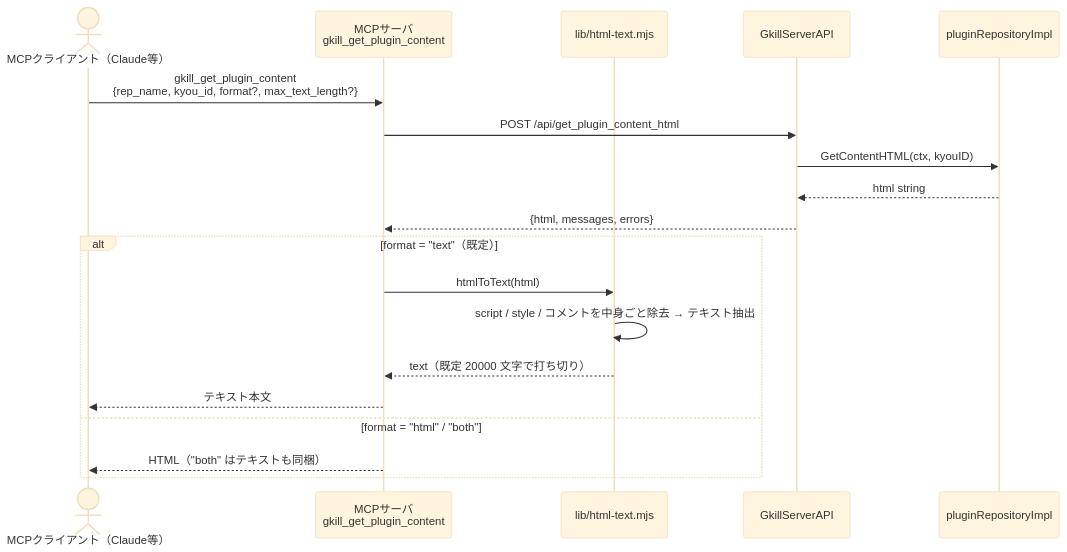
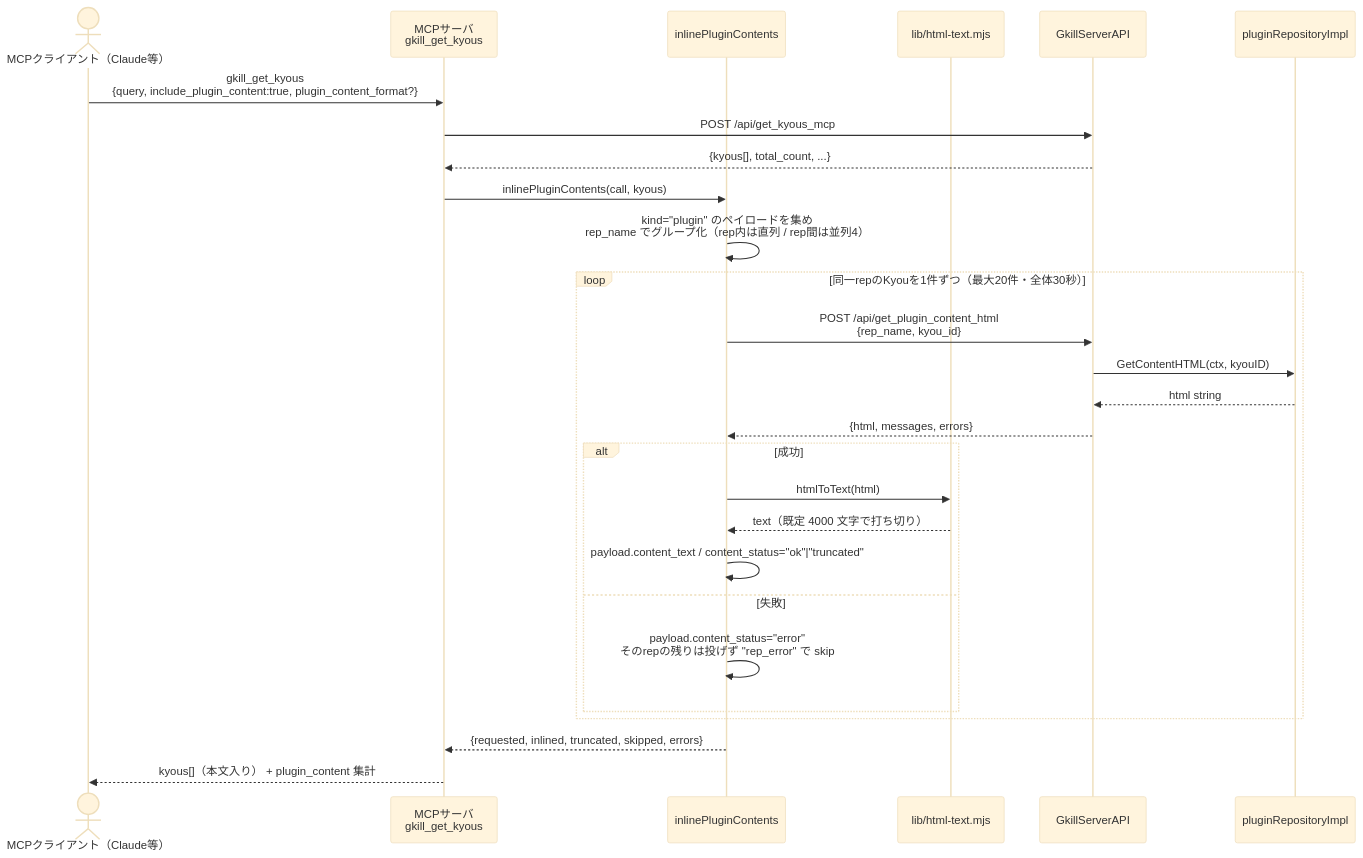
One commit to mt3hr/gkill changed diagram 24 of 29 in documents/reverse/sequence-diagrams.md. Above: the diagram before and after it, drawn with Mermaid (base theme). The commit also changed other lines of this file and 32 other files, not shown here.

````diff
--- a/documents/reverse/sequence-diagrams.md
+++ b/documents/reverse/sequence-diagrams.md
@@ -765,22 +771,30 @@
 ```mermaid
 sequenceDiagram
     actor Client as MCPクライアント（Claude等）
-    participant MCP as MCPサーバ<br>gkill_get_plugin_content
+    participant MCP as MCPサーバ<br>gkill_get_kyous
+    participant IN as inlinePluginContents
     participant HT as lib/html-text.mjs
     participant API as GkillServerAPI
     participant PluginRepo as pluginRepositoryImpl
 
-    Client->>MCP: gkill_get_plugin_content<br>{rep_name, kyou_id, format?, max_text_length?}
-    MCP->>API: POST /api/get_plugin_content_html
-    API->>PluginRepo: GetContentHTML(ctx, kyouID)
-    PluginRepo-->>API: html string
-    API-->>MCP: {html, messages, errors}
-    alt format = "text"（既定）
-        MCP->>HT: htmlToText(html)
-        HT->>HT: script / style / コメントを中身ごと除去 → テキスト抽出
-        HT-->>MCP: text（既定 20000 文字で打ち切り）
-        MCP-->>Client: テキスト本文
-    else format = "html" / "both"
-        MCP-->>Client: HTML（"both" はテキストも同梱）
+    Client->>MCP: gkill_get_kyous<br>{query, include_plugin_content:true, plugin_content_format?}
+    MCP->>API: POST /api/get_kyous_mcp
+    API-->>MCP: {kyous[], total_count, ...}
+    MCP->>IN: inlinePluginContents(call, kyous)
+    IN->>IN: kind="plugin" のペイロードを集め<br>rep_name でグループ化（rep内は直列 / rep間は並列4）
+    loop 同一repのKyouを1件ずつ（最大20件・全体30秒）
+        IN->>API: POST /api/get_plugin_content_html<br>{rep_name, kyou_id}
+        API->>PluginRepo: GetContentHTML(ctx, kyouID)
+        PluginRepo-->>API: html string
+        API-->>IN: {html, messages, errors}
+        alt 成功
+            IN->>HT: htmlToText(html)
+            HT-->>IN: text（既定 4000 文字で打ち切り）
+            IN->>IN: payload.content_text / content_status="ok"|"truncated"
+        else 失敗
+            IN->>IN: payload.content_status="error"<br>そのrepの残りは投げず "rep_error" で skip
+        end
     end
+    IN-->>MCP: {requested, inlined, truncated, skipped, errors}
+    MCP-->>Client: kyous[]（本文入り） + plugin_content 集計
 ```
````
